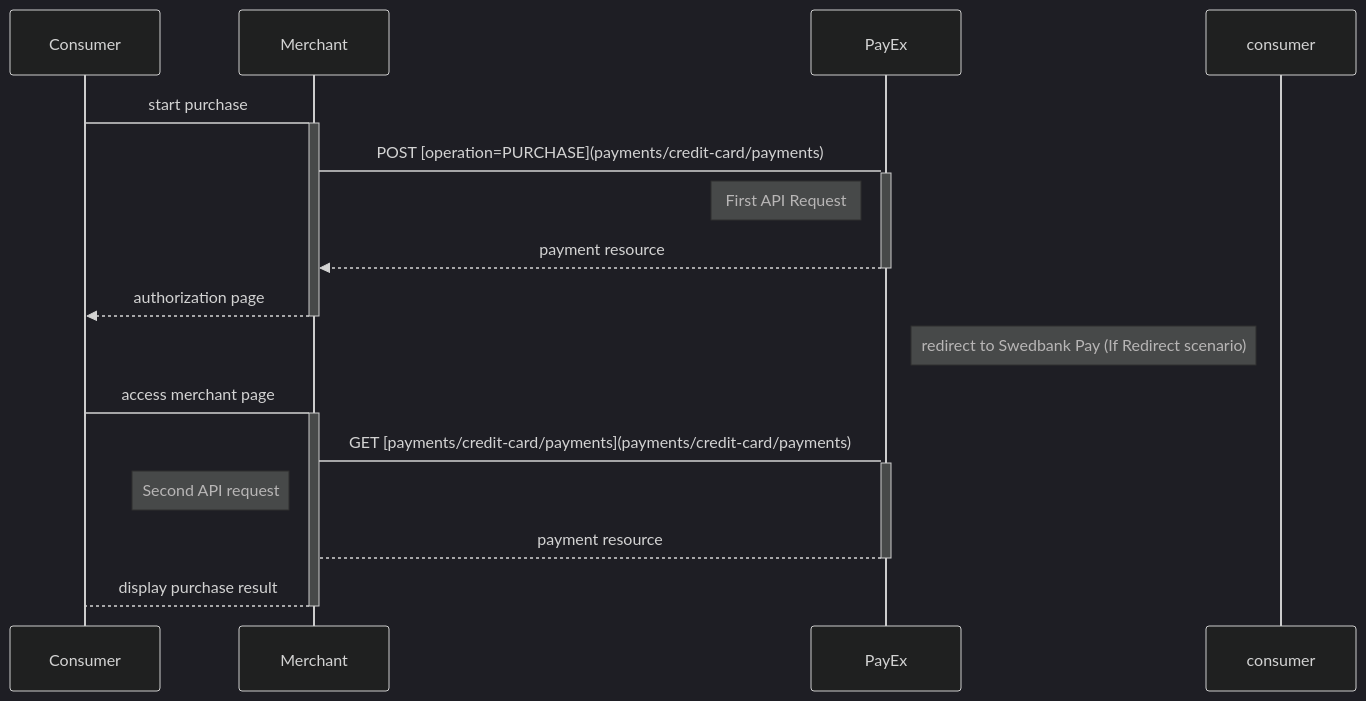
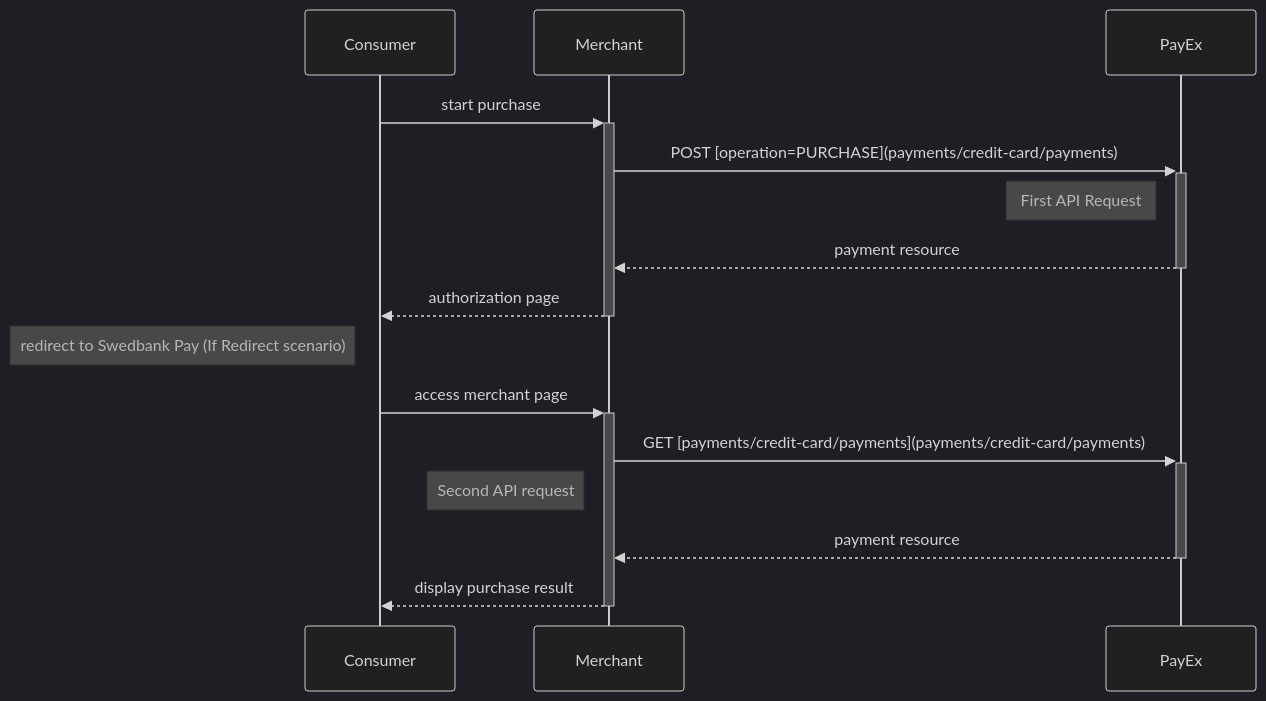
Before and after one commit to SwedbankPay/developer.swedbankpay.com: the first of 4 diagrams in payments/credit-card/redirect.md, drawn with Mermaid (dark theme). The commit also changed other lines of this file and 4 other files, not shown here.

Commit message:
DX-266 Reorganizing credit-card section. Fixing typos, links, tables and diagrams. Adding finalize to after-payment.

````diff
--- a/payments/credit-card/redirect.md
+++ b/payments/credit-card/redirect.md
@@ -64,15 +70,14 @@
 ```mermaid
 sequenceDiagram
-    Consumer->+Merchant: start purchase
-    Merchant->+PayEx: POST [operation=PURCHASE](payments/credit-card/payments)
+    Consumer->>+Merchant: start purchase
+    Merchant->>+PayEx: POST [operation=PURCHASE](payments/credit-card/payments)
     Note left of PayEx: First API Request
     PayEx-->>-Merchant: payment resource
     Merchant-->>-Consumer: authorization page
-    note left of consumer: redirect to Swedbank Pay (If Redirect scenario)
-
-    Consumer->+Merchant: access merchant page
-    Merchant->+PayEx: GET [payments/credit-card/payments](payments/credit-card/payments)
+    note left of Consumer: redirect to Swedbank Pay (If Redirect scenario)
+    Consumer->>+Merchant: access merchant page
+    Merchant->>+PayEx: GET [payments/credit-card/payments](payments/credit-card/payments)
     note left of Merchant: Second API request
-    PayEx-->-Merchant: payment resource
-    Merchant-->-Consumer: display purchase result
+    PayEx-->>-Merchant: payment resource
+    Merchant-->>-Consumer: display purchase result
 ```
````
